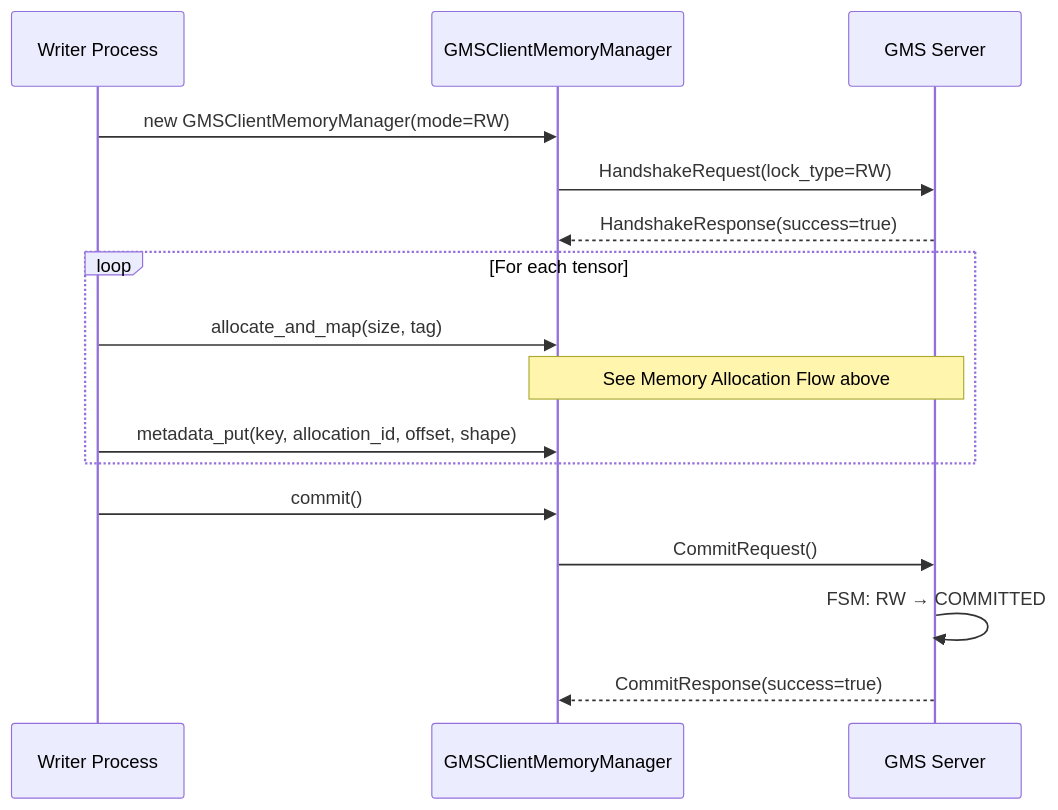
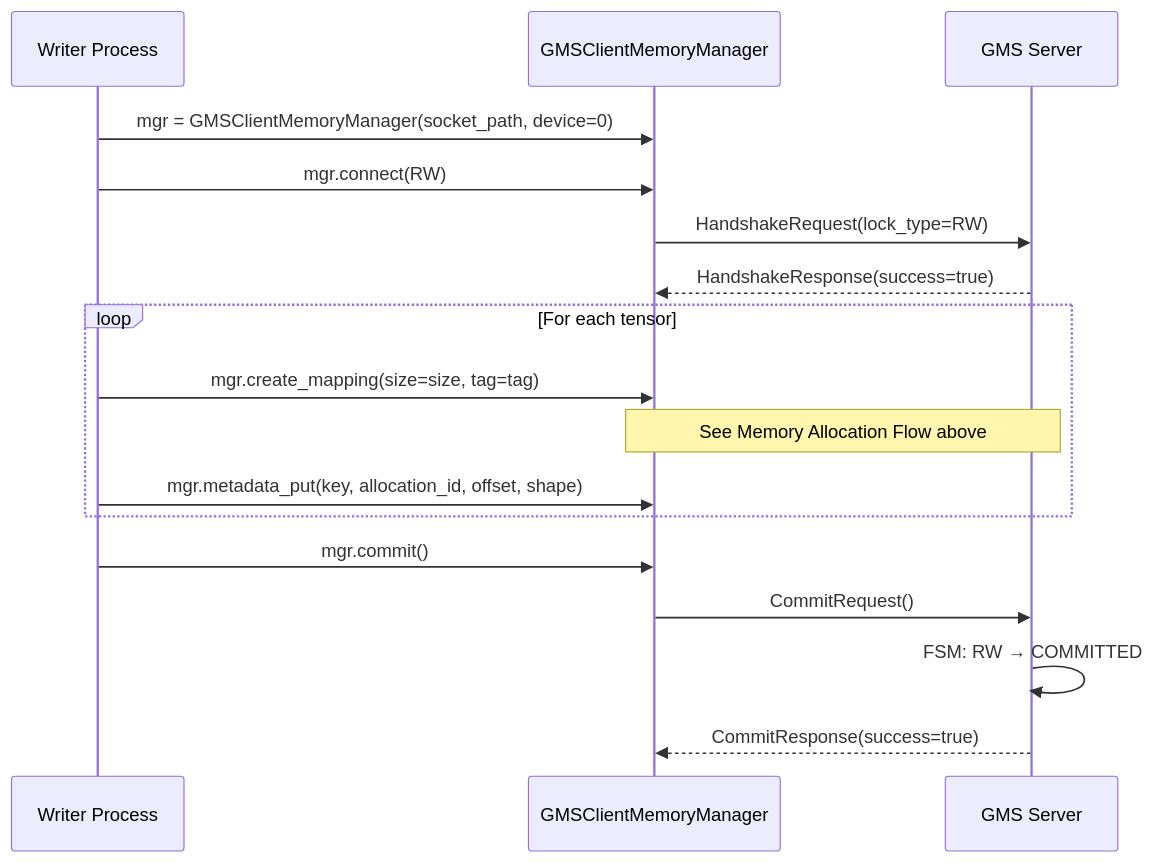
One commit to ai-dynamo/dynamo changed the third of 6 diagrams in lib/gpu_memory_service/README.md. Above: the diagram before and after it, drawn with Mermaid. The commit also changed other lines of this file and 21 other files, not shown here.

First line of the commit message:
feat: refactor GMS client memory manager with tiered API

````diff
--- a/lib/gpu_memory_service/README.md
+++ b/lib/gpu_memory_service/README.md
@@ -186,21 +186,22 @@
 ```mermaid
 sequenceDiagram
     participant W as Writer Process
     participant C as GMSClientMemoryManager
     participant S as GMS Server
 
-    W->>C: new GMSClientMemoryManager(mode=RW)
+    W->>C: mgr = GMSClientMemoryManager(socket_path, device=0)
+    W->>C: mgr.connect(RW)
     C->>S: HandshakeRequest(lock_type=RW)
     S-->>C: HandshakeResponse(success=true)
 
     loop For each tensor
-        W->>C: allocate_and_map(size, tag)
+        W->>C: mgr.create_mapping(size=size, tag=tag)
         Note over C,S: See Memory Allocation Flow above
-        W->>C: metadata_put(key, allocation_id, offset, shape)
+        W->>C: mgr.metadata_put(key, allocation_id, offset, shape)
     end
 
-    W->>C: commit()
+    W->>C: mgr.commit()
     C->>S: CommitRequest()
     S->>S: FSM: RW → COMMITTED
     S-->>C: CommitResponse(success=true)
 ```
````
